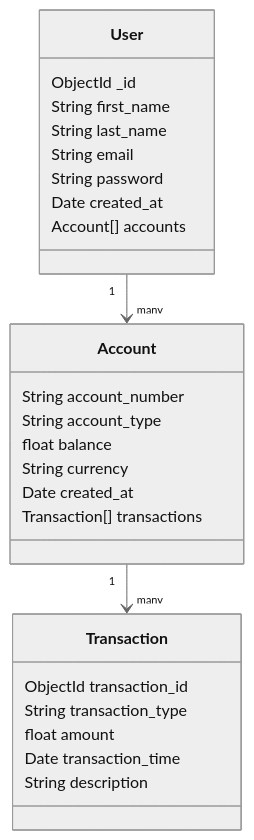
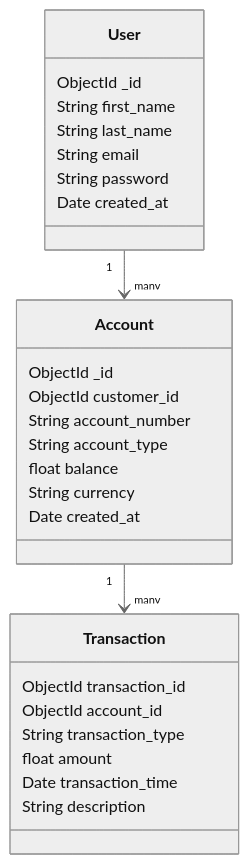
One commit to Brian-Wahome/Core-Banking-Simulation-Project changed the diagram in architecural design records/01 - Database schema.md. Above: the diagram before and after it, drawn with Mermaid (neutral theme). The commit also changed other lines of this file, not shown here.

````diff
--- a/architecural design records/01 - Database schema.md
+++ b/architecural design records/01 - Database schema.md
@@ -108,32 +108,33 @@
 ```mermaid
 classDiagram
     class User {
         ObjectId _id
         String first_name
         String last_name
         String email
         String password
         Date created_at
-        Account[] accounts
     }
 
     class Account {
+        ObjectId _id
+        ObjectId customer_id
         String account_number
         String account_type
         float balance
         String currency
         Date created_at
-        Transaction[] transactions
     }
 
     class Transaction {
         ObjectId transaction_id
+        ObjectId account_id
         String transaction_type
         float amount
         Date transaction_time
         String description
     }
 
     User "1" --> "many" Account
     Account "1" --> "many" Transaction
 ```
````
